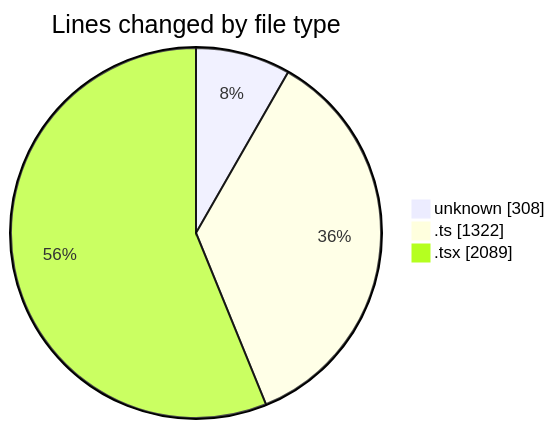
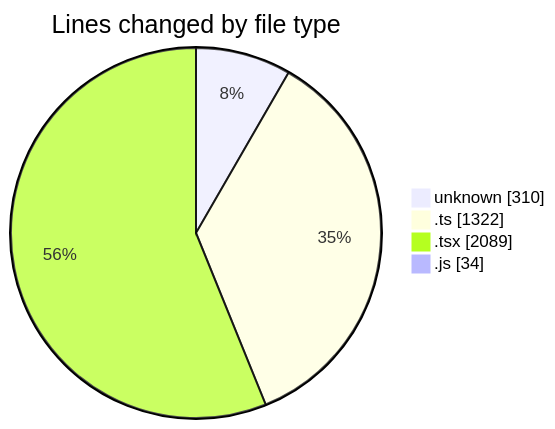
The first of 2 diagrams in 2025-06-13/ecodeli-1/README.md (CELIANVF/code-tracking), drawn with Mermaid before and after one commit. The commit also changed other lines of this file and 1 other file, not shown here.

````diff
--- a/2025-06-13/ecodeli-1/README.md
+++ b/2025-06-13/ecodeli-1/README.md
@@ -27,7 +28,8 @@
 ```mermaid
 pie showData
 title Lines changed by file type
-"unknown" : 308
+"unknown" : 310
 ".ts" : 1322
 ".tsx" : 2089
+".js" : 34
 ```
````
